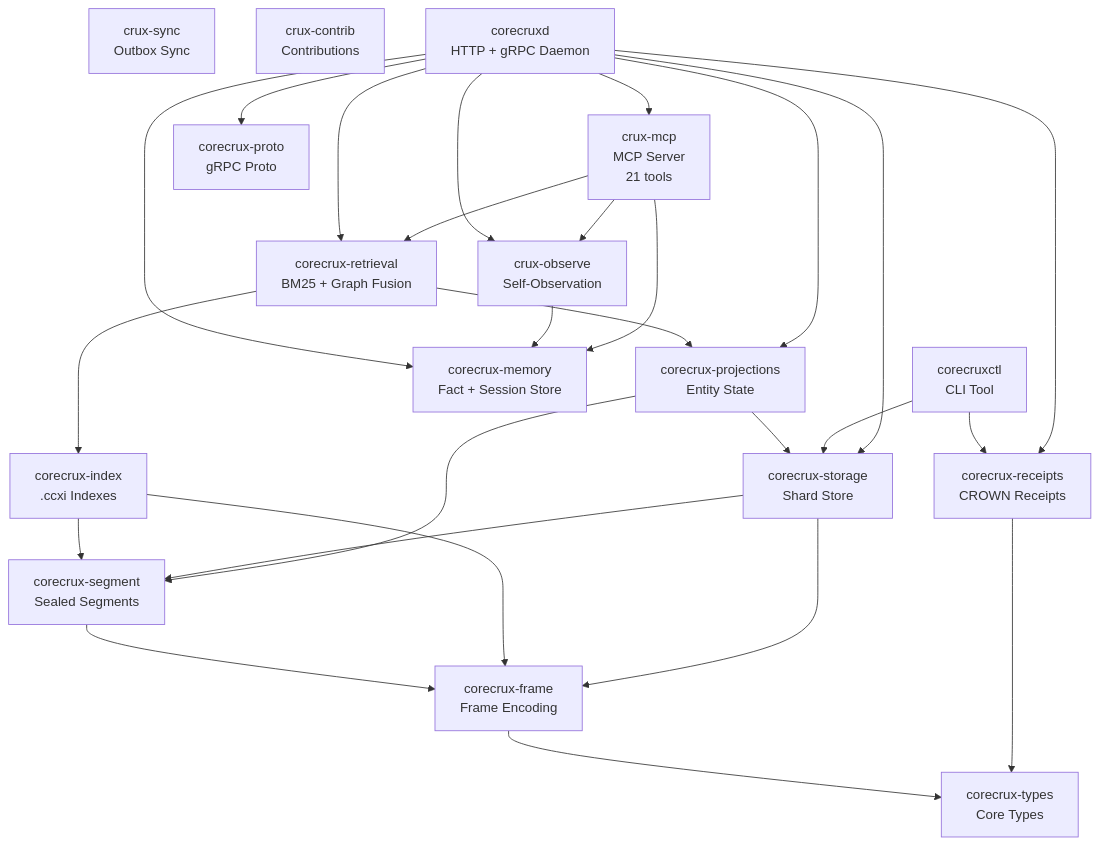
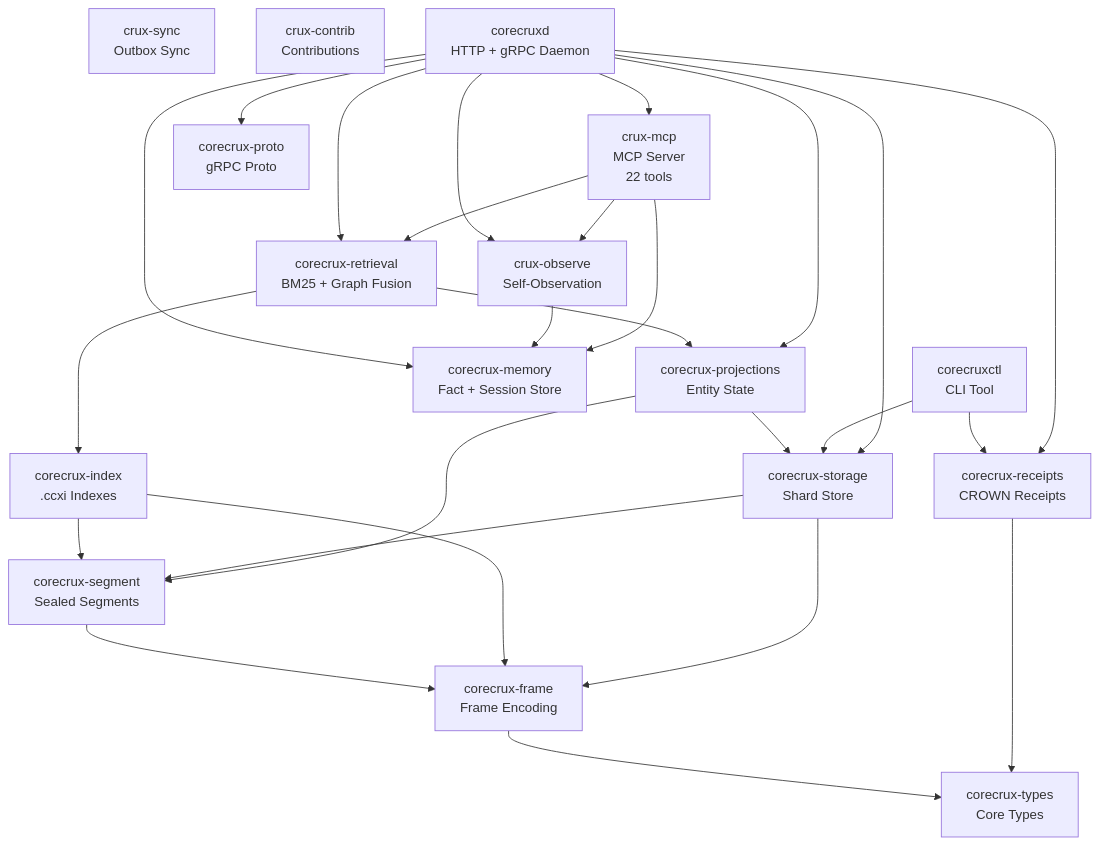
One commit to CueCrux/Crux changed the diagram in README.md. Above: the diagram before and after it, drawn with Mermaid. The commit also changed other lines of this file and 33 other files, not shown here.

````diff
--- a/README.md
+++ b/README.md
@@ -200,45 +203,45 @@
 ```mermaid
 graph TD
-    cruxmcp[crux-mcp<br/>MCP Server<br/>21 tools]
+    cruxmcp[crux-mcp<br/>MCP Server<br/>22 tools]
     observe[crux-observe<br/>Self-Observation]
     sync[crux-sync<br/>Outbox Sync]
     contrib[crux-contrib<br/>Contributions]
     corecruxd[corecruxd<br/>HTTP + gRPC Daemon]
     corecruxctl[corecruxctl<br/>CLI Tool]
     retrieval[corecrux-retrieval<br/>BM25 + Graph Fusion]
     memory[corecrux-memory<br/>Fact + Session Store]
     projections[corecrux-projections<br/>Entity State]
     receipts[corecrux-receipts<br/>CROWN Receipts]
     storage[corecrux-storage<br/>Shard Store]
     index[corecrux-index<br/>.ccxi Indexes]
     segment[corecrux-segment<br/>Sealed Segments]
     frame[corecrux-frame<br/>Frame Encoding]
     types[corecrux-types<br/>Core Types]
     proto[corecrux-proto<br/>gRPC Proto]
 
     cruxmcp --> memory
     cruxmcp --> retrieval
     cruxmcp --> observe
     observe --> memory
     corecruxd --> cruxmcp
     corecruxd --> observe
     corecruxd --> memory
     corecruxd --> retrieval
     corecruxd --> projections
     corecruxd --> receipts
     corecruxd --> storage
     corecruxd --> proto
     corecruxctl --> storage
     corecruxctl --> receipts
     retrieval --> index
     retrieval --> projections
     projections --> storage
     projections --> segment
     storage --> segment
     storage --> frame
     index --> segment
     index --> frame
     segment --> frame
     receipts --> types
     frame --> types
 ```
````
